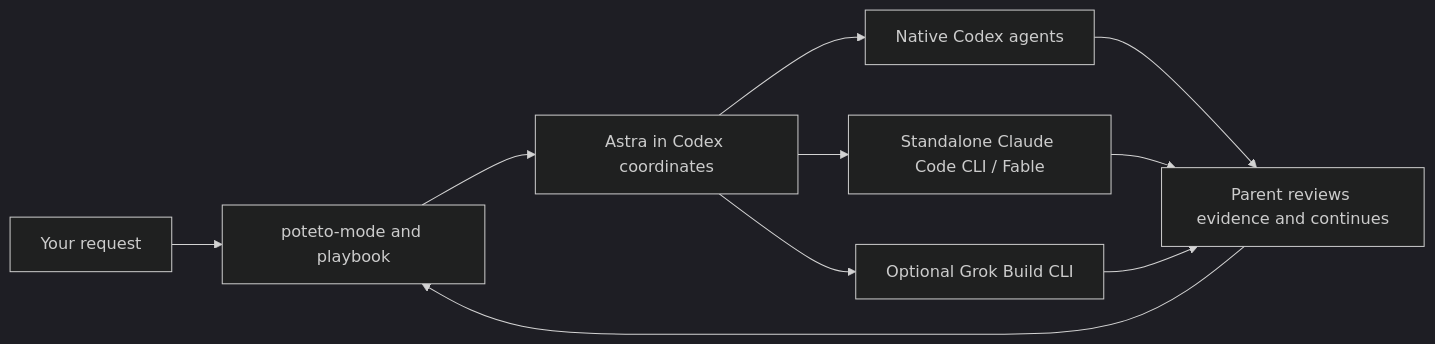
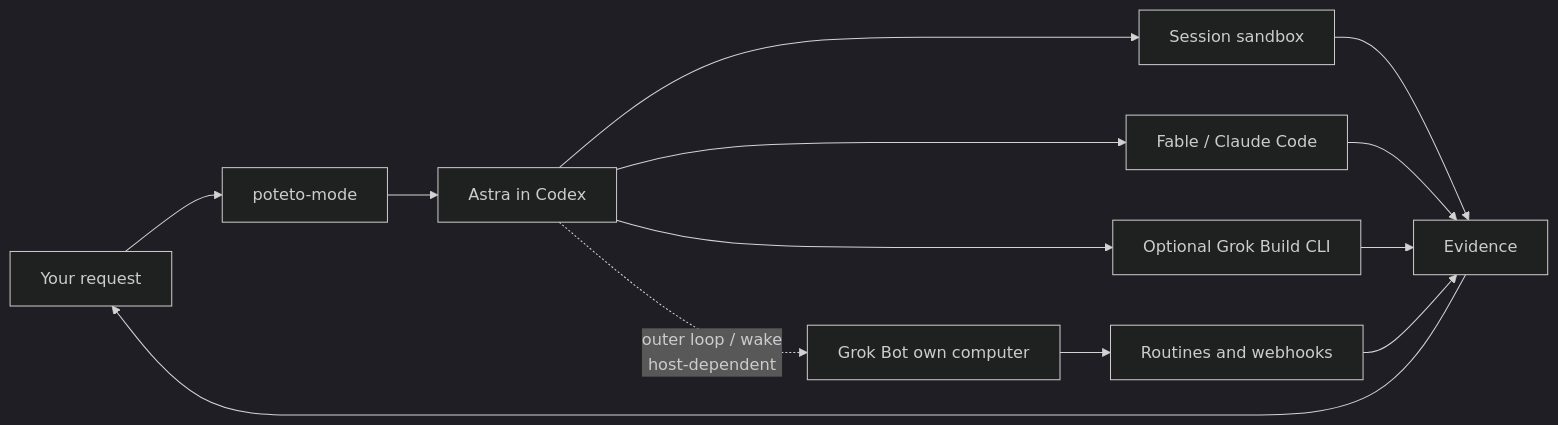
Before and after one commit to J0UH/pstack-codex: the diagram in README.md, drawn with Mermaid (dark theme). The commit also changed other lines of this file, not shown here.

Commit message:
docs: Grok Bot outer-loop from make-bot-ui/host.md + beige v3 visuals

````diff
--- a/README.md
+++ b/README.md
@@ -27,12 +27,15 @@
 ```mermaid
 flowchart LR
-    U[Your request] --> P[poteto-mode and playbook]
-    P --> A[Astra in Codex coordinates]
-    A --> N[Native Codex agents]
-    A --> C[Standalone Claude Code CLI / Fable]
+    U[Your request] --> P[poteto-mode]
+    P --> A[Astra in Codex]
+    A --> S[Session sandbox]
+    A --> F[Fable / Claude Code]
     A --> G[Optional Grok Build CLI]
-    N --> R[Parent reviews evidence and continues]
-    C --> R
-    G --> R
-    R --> P
+    A -.->|outer loop / wake<br/>host-dependent| B[Grok Bot own computer]
+    B --> R[Routines and webhooks]
+    S --> E[Evidence]
+    F --> E
+    G --> E
+    R --> E
+    E --> U
 ```
````
